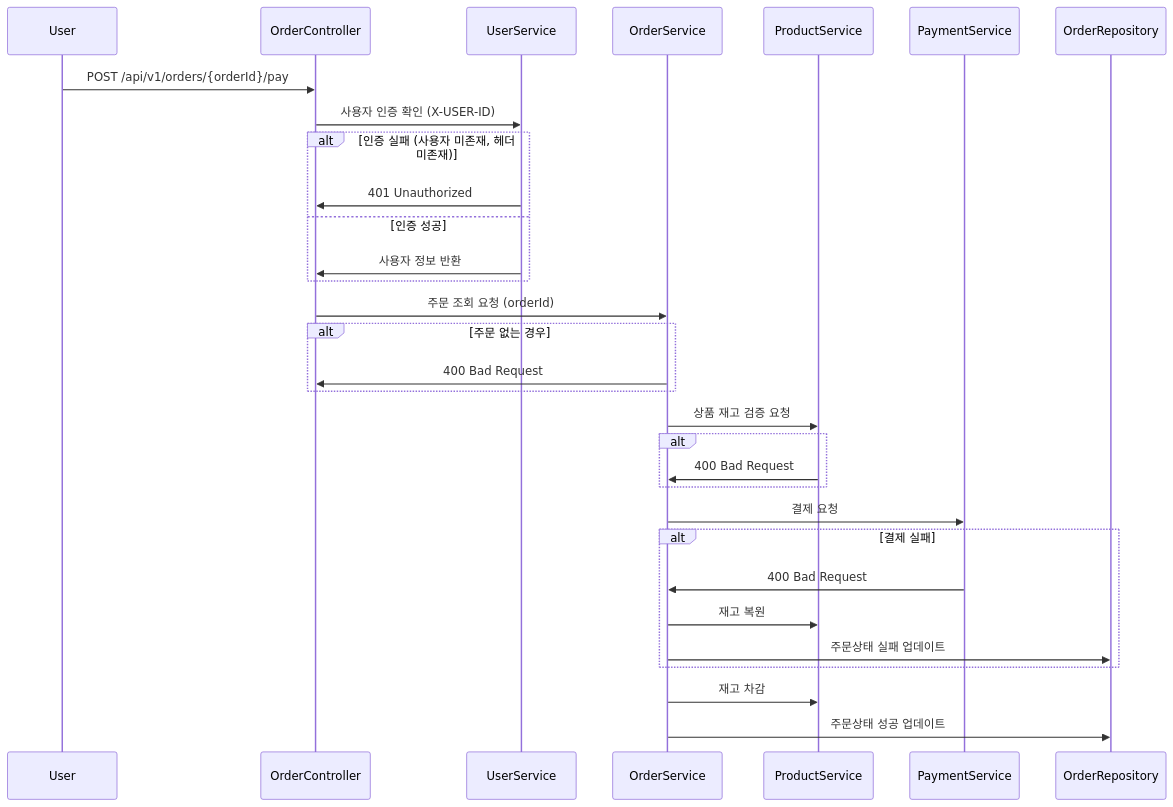
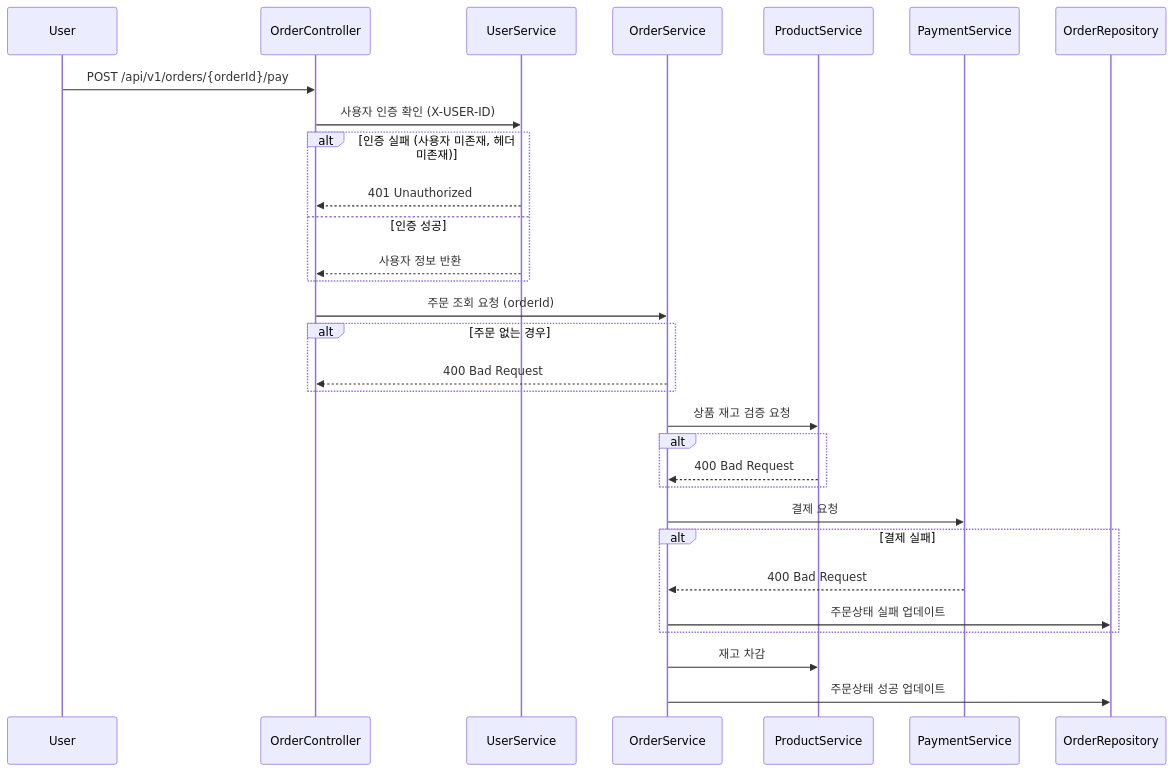
One commit to DuhanMo/emotional-commerce changed the seventh of 7 diagrams in docs/design/02-sequence-diagrams.md. Above: the diagram before and after it, drawn with Mermaid. The commit also changed other lines of this file, not shown here.

Commit message:
fix: 시퀀스 다이어그램 반환값 점선으로 수정

````diff
--- a/docs/design/02-sequence-diagrams.md
+++ b/docs/design/02-sequence-diagrams.md
@@ -173,41 +173,40 @@
 ```mermaid
 sequenceDiagram
 	participant U as User
 	participant OC as OrderController
 	participant US as UserService
 	participant OS as OrderService
 	participant PS as ProductService
 	participant PAYS as PaymentService
 	
 	participant OR as OrderRepository
 	
 	U->>OC: POST /api/v1/orders/{orderId}/pay
 
 	OC->>US: 사용자 인증 확인 (X-USER-ID)
 	alt 인증 실패 (사용자 미존재, 헤더 미존재)
-		US->>OC: 401 Unauthorized
+		US-->>OC: 401 Unauthorized
 	else 인증 성공
-		US->>OC: 사용자 정보 반환
+		US-->>OC: 사용자 정보 반환
 	end
 	
 	OC->>OS: 주문 조회 요청 (orderId)
 	alt 주문 없는 경우
-		OS->>OC: 400 Bad Request
+		OS-->>OC: 400 Bad Request
 	end
 	
 	OS->>PS: 상품 재고 검증 요청
 	alt
-		PS->>OS: 400 Bad Request
+		PS-->>OS: 400 Bad Request
 	end
 	
 	OS->>PAYS: 결제 요청 
 	alt 결제 실패 
-		PAYS->>OS: 400 Bad Request
-		OS->>PS: 재고 복원
+		PAYS-->>OS: 400 Bad Request
 		OS->>OR: 주문상태 실패 업데이트	
 	end
 	
 	OS->>PS: 재고 차감
 	OS->>OR: 주문상태 성공 업데이트	
 
 ```
````
